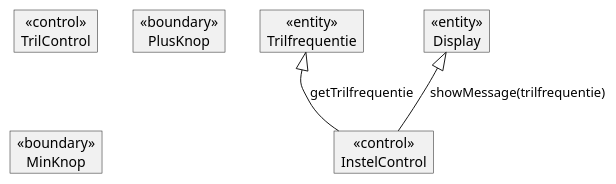
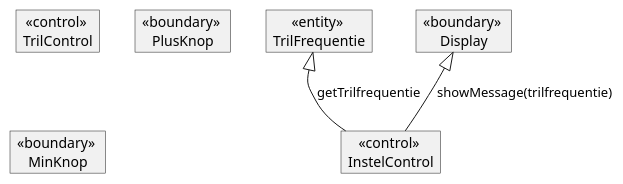
Before and after one commit to HU-TI-DEV/TI-S3: the eighth of 20 diagrams in software/modelleren/plantuml/plantuml.md, drawn with PlantUML. The commit also changed other lines of this file and 29 other files, not shown here.

````diff
--- a/software/modelleren/plantuml/plantuml.md
+++ b/software/modelleren/plantuml/plantuml.md
@@ -100,17 +103,17 @@
 ```plantuml
 @startuml
 
 hide attributes
-hide methods
-object "<<control>>\nInstelControl" as O1
-object "<<control>>\nTrilControl" as O2
-object "<<entity>>\nTrilfrequentie" as O3
-object "<<entity>>\nDisplay" as O4
-object "<<boundary>>\nPlusKnop" as O5
-object "<<boundary>>\nMinKnop" as O6
 
-O3<|-- O1 : getTrilfrequentie
-O4<|-- O1 : showMessage(trilfrequentie)
+object "<<entity>> \nTrilFrequentie" as O1
+object "<<control>> \nTrilControl" as O2
+object "<<control>> \nInstelControl" as O4
+object "<<boundary>> \nPlusKnop" as O6
+object "<<boundary>> \nMinKnop" as O7
+object "<<boundary>> \nDisplay" as O9
+
+O1 <|-- O4 : getTrilfrequentie
+O9 <|-- O4 : showMessage(trilfrequentie)
 
 @enduml
 ```
````
